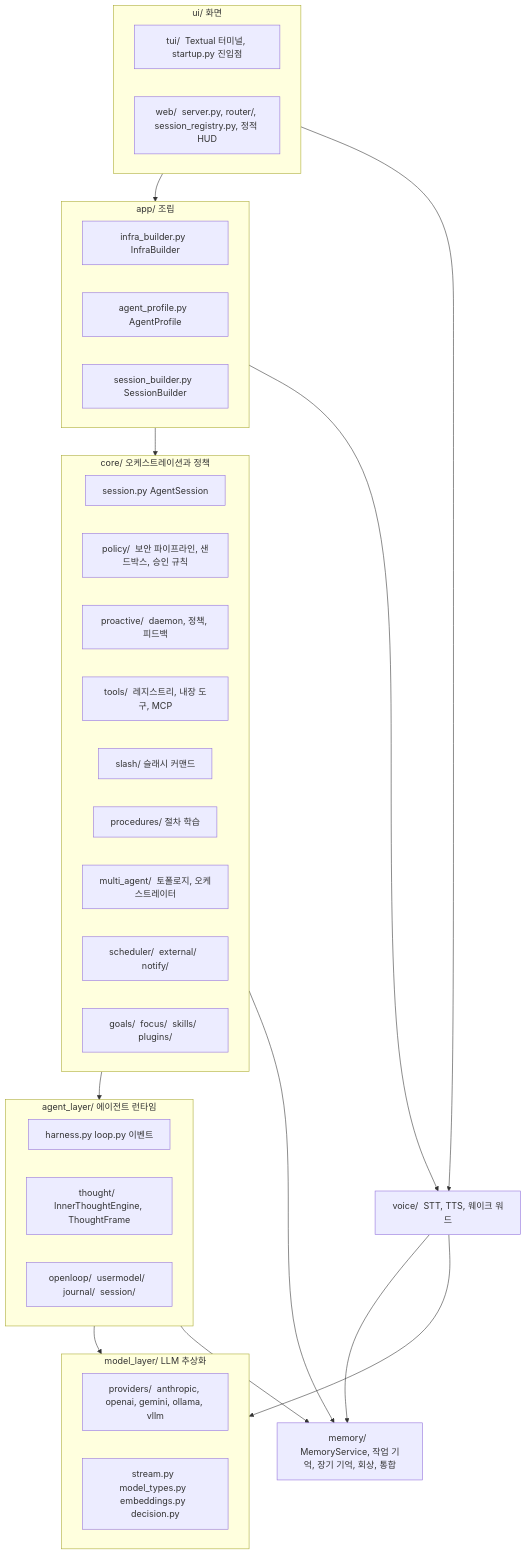
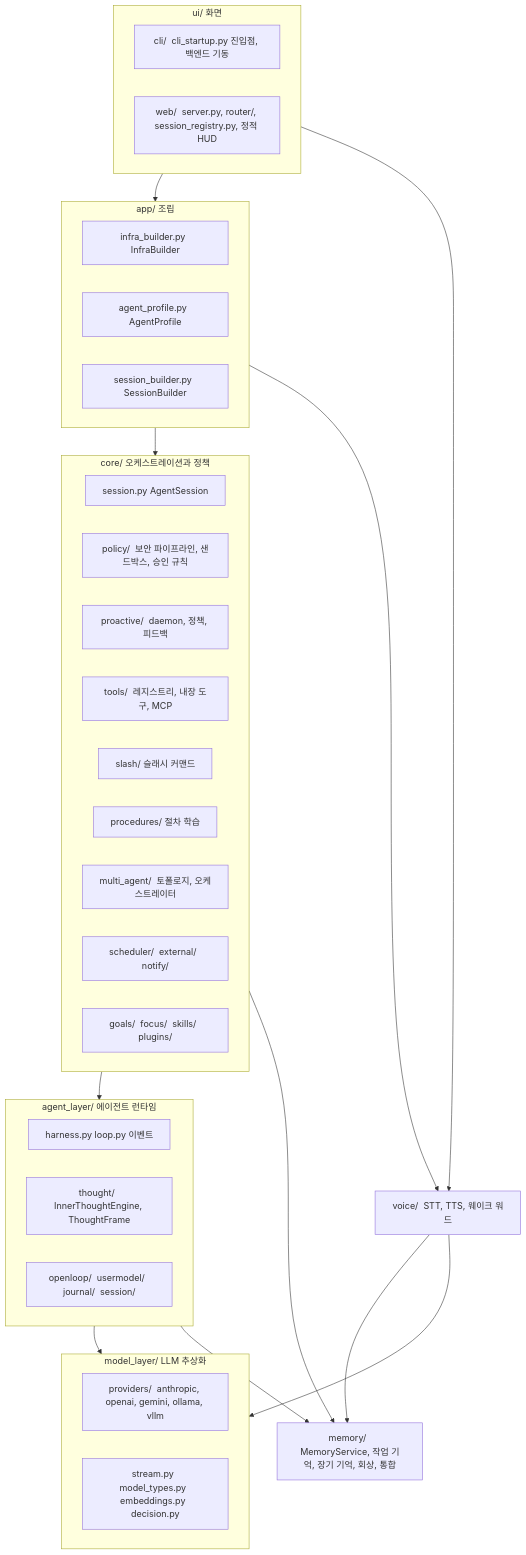
Before and after one commit to ash-hun/jarvis-agent: the second of 4 diagrams in website/docs/concepts/architecture.md, drawn with Mermaid. The commit also changed other lines of this file and 97 other files, not shown here.

First line of the commit message:
Feat: TUI 를 없애고 Web HUD 에 FLOW, SET 화면을 더해 Electron 데스크톱 앱으로 띄운다

````diff
--- a/website/docs/concepts/architecture.md
+++ b/website/docs/concepts/architecture.md
@@ -96,41 +96,41 @@
 ```mermaid
 flowchart TB
   subgraph UI["ui/  화면"]
-    TUI["tui/  Textual 터미널, startup.py 진입점"]
+    CLI["cli/  cli_startup.py 진입점, 백엔드 기동"]
     WEB["web/  server.py, router/, session_registry.py, 정적 HUD"]
   end
   subgraph APP["app/  조립"]
     INFRA["infra_builder.py  InfraBuilder"]
     PROFILE["agent_profile.py  AgentProfile"]
     SB["session_builder.py  SessionBuilder"]
   end
   subgraph CORE["core/  오케스트레이션과 정책"]
     SESSION["session.py  AgentSession"]
     POLICY["policy/  보안 파이프라인, 샌드박스, 승인 규칙"]
     PROACTIVE["proactive/  daemon, 정책, 피드백"]
     TOOLS["tools/  레지스트리, 내장 도구, MCP"]
     SLASH["slash/  슬래시 커맨드"]
     PROC["procedures/  절차 학습"]
     MULTI["multi_agent/  토폴로지, 오케스트레이터"]
     SCHED["scheduler/  external/  notify/"]
     GOALS["goals/  focus/  skills/  plugins/"]
   end
   subgraph AGENT["agent_layer/  에이전트 런타임"]
     HARNESS["harness.py  loop.py  이벤트"]
     THOUGHT["thought/  InnerThoughtEngine, ThoughtFrame"]
     OPENLOOP["openloop/  usermodel/  journal/  session/"]
   end
   subgraph MODEL["model_layer/  LLM 추상화"]
     PROVIDERS["providers/  anthropic, openai, gemini, ollama, vllm"]
     STREAM["stream.py  model_types.py  embeddings.py  decision.py"]
   end
   MEMORY["memory/  MemoryService, 작업 기억, 장기 기억, 회상, 통합"]
   VOICE["voice/  STT, TTS, 웨이크 워드"]
   UI --> APP --> CORE --> AGENT --> MODEL
   AGENT --> MEMORY
   CORE --> MEMORY
   UI --> VOICE
   APP --> VOICE
   VOICE --> MODEL
   VOICE --> MEMORY
 ```
````
